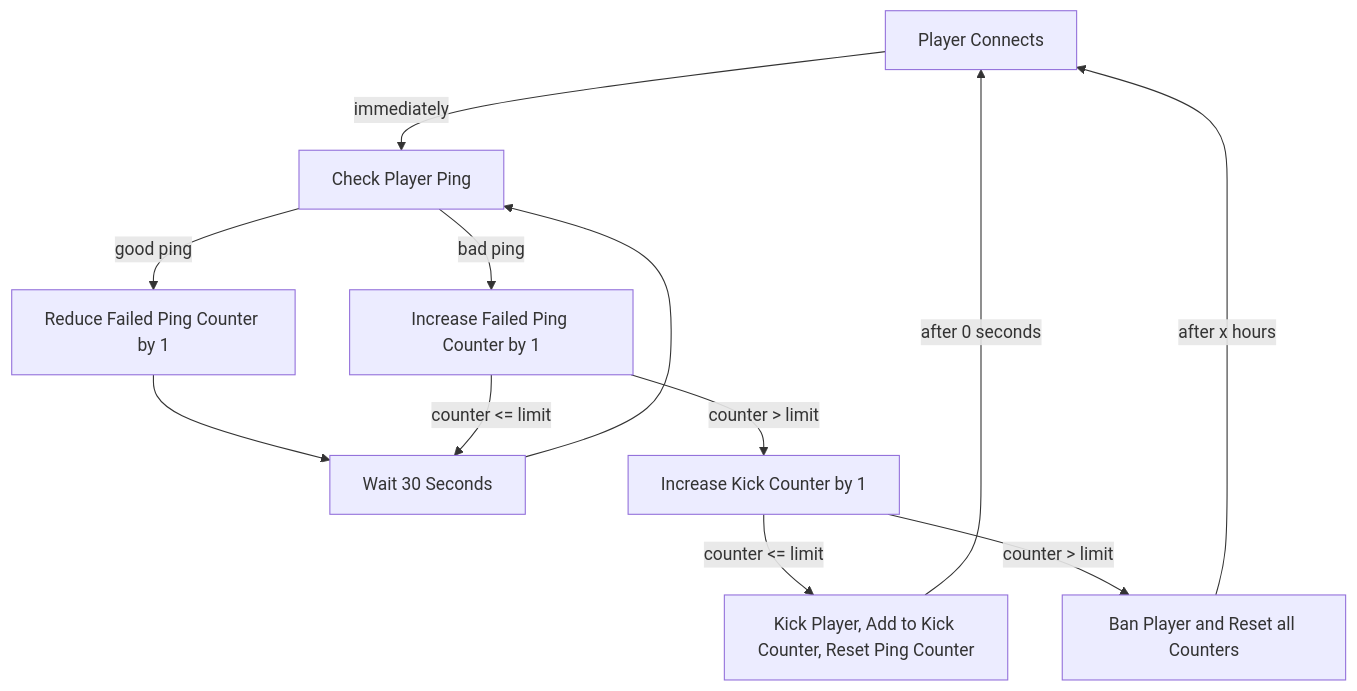
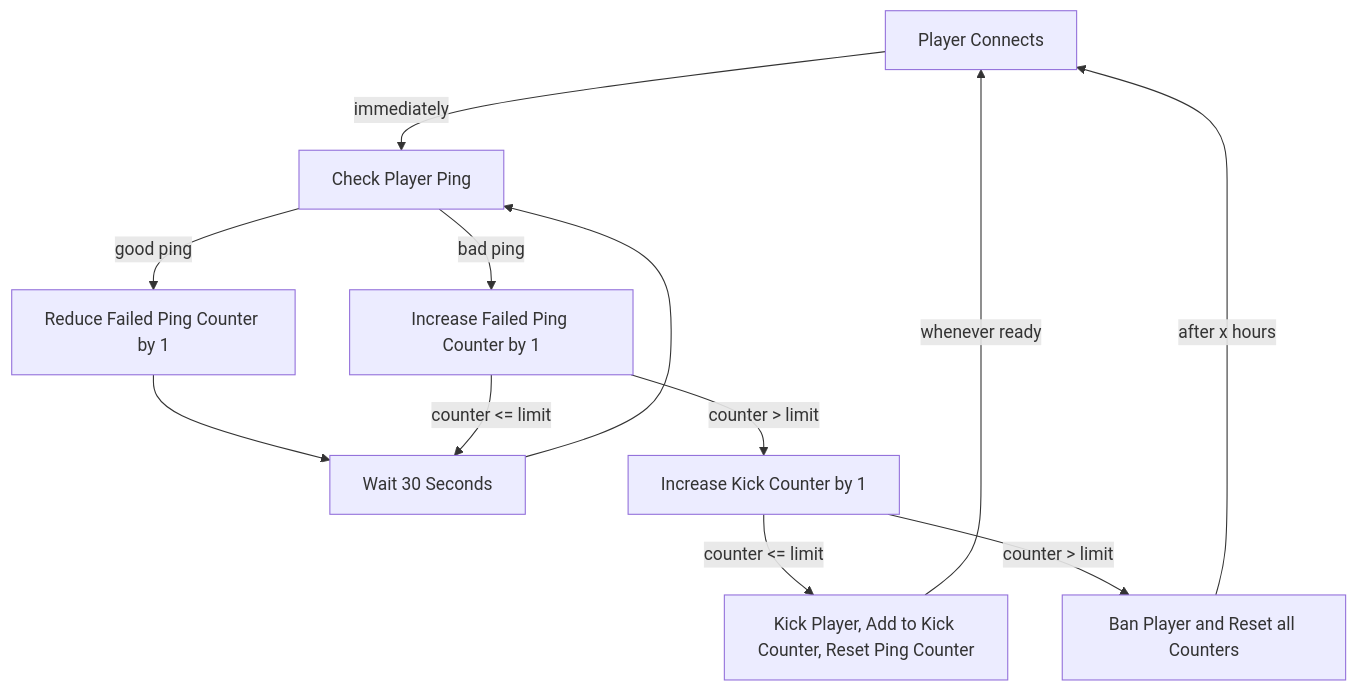
One commit to jonathan-robertson/high-ping-kicker changed the diagram in README.md. Above: the diagram before and after it, drawn with Mermaid. The commit also changed other lines of this file, not shown here.

````diff
--- a/README.md
+++ b/README.md
@@ -19,23 +52,23 @@
 ```mermaid
 graph TD
     connect[Player Connects]
     check[Check Player Ping]
     wait[Wait 30 Seconds]
     addPing[Increase Failed Ping Counter by 1]
     recoverPing[Reduce Failed Ping Counter by 1]
     addKick[Increase Kick Counter by 1]
     kickPlayer[Kick Player, Add to Kick Counter, Reset Ping Counter]
     banPlayer[Ban Player and Reset all Counters]
 
     connect -->|immediately| check
     check -->|good ping|recoverPing
     recoverPing --> wait
     check -->|bad ping| addPing
     addPing -->|counter <= limit| wait
     wait --> check
     addPing -->|counter > limit| addKick
     addKick -->|counter <= limit| kickPlayer
-    kickPlayer -->|after 0 seconds| connect
+    kickPlayer -->|whenever ready| connect
     addKick -->|counter > limit| banPlayer
     banPlayer -->|after x hours| connect
 ```
````
